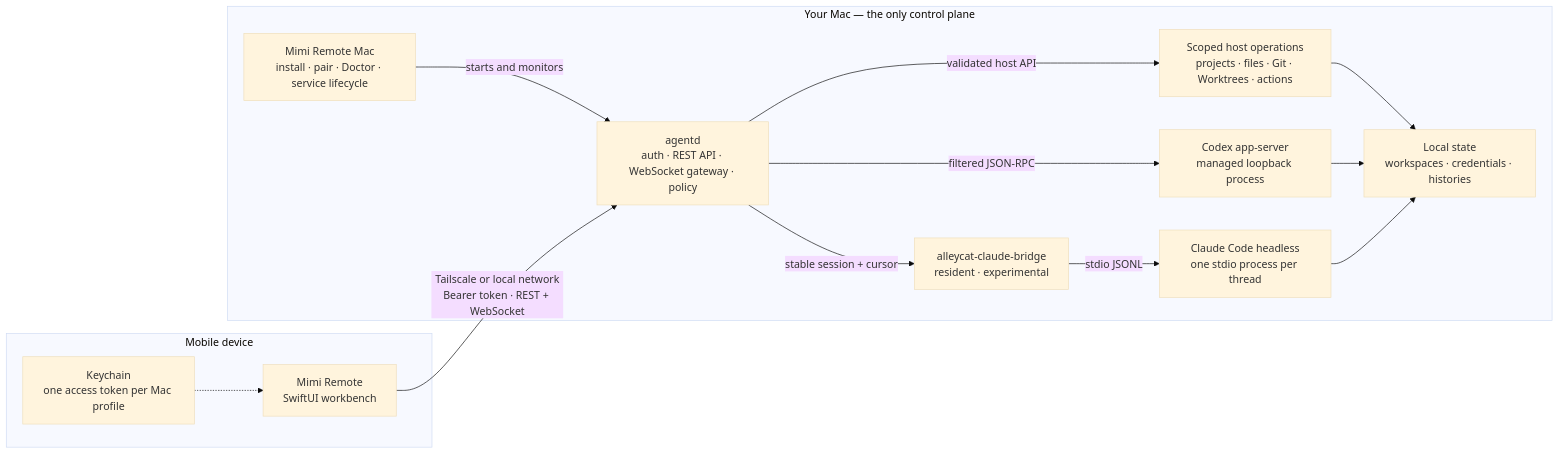
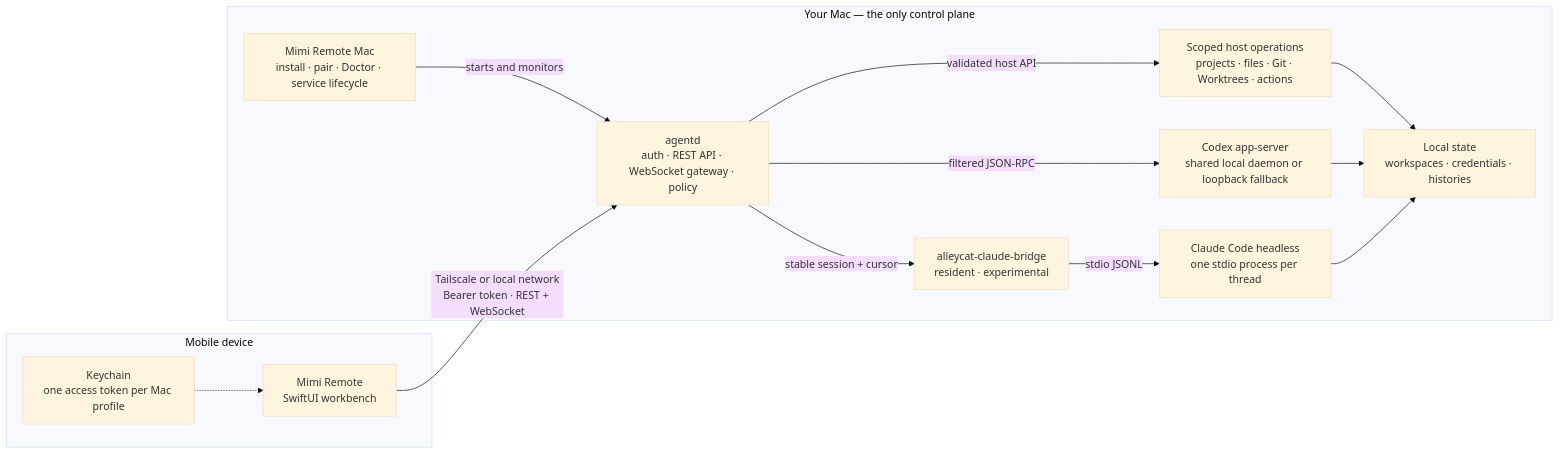
The diagram in README.md (gaixianggeng/mimi-remote), drawn with Mermaid (base theme) before and after one commit. The commit also changed other lines of this file and 49 other files, not shown here.

Commit message:
MIM-124 让 Desktop 与 Mimi 共享 Codex daemon

````diff
--- a/README.md
+++ b/README.md
@@ -135,29 +135,29 @@
 ```mermaid
 flowchart LR
     subgraph Mobile["Mobile device"]
         App["Mimi Remote<br/>SwiftUI workbench"]
         Keychain["Keychain<br/>one access token per Mac profile"]
         Keychain -.-> App
     end
 
     subgraph Mac["Your Mac — the only control plane"]
         Host["Mimi Remote Mac<br/>install · pair · Doctor · service lifecycle"]
         Agent["agentd<br/>auth · REST API · WebSocket gateway · policy"]
         Local["Scoped host operations<br/>projects · files · Git · Worktrees · actions"]
-        Codex["Codex app-server<br/>managed loopback process"]
+        Codex["Codex app-server<br/>shared local daemon or loopback fallback"]
         Bridge["alleycat-claude-bridge<br/>resident · experimental"]
         Claude["Claude Code headless<br/>one stdio process per thread"]
         State["Local state<br/>workspaces · credentials · histories"]
 
         Host -->|"starts and monitors"| Agent
         Agent -->|"validated host API"| Local
         Agent -->|"filtered JSON-RPC"| Codex
         Agent -->|"stable session + cursor"| Bridge
         Bridge -->|"stdio JSONL"| Claude
         Local --> State
         Codex --> State
         Claude --> State
     end
 
     App -->|"Tailscale or local network<br/>Bearer token · REST + WebSocket"| Agent
 ```
````
